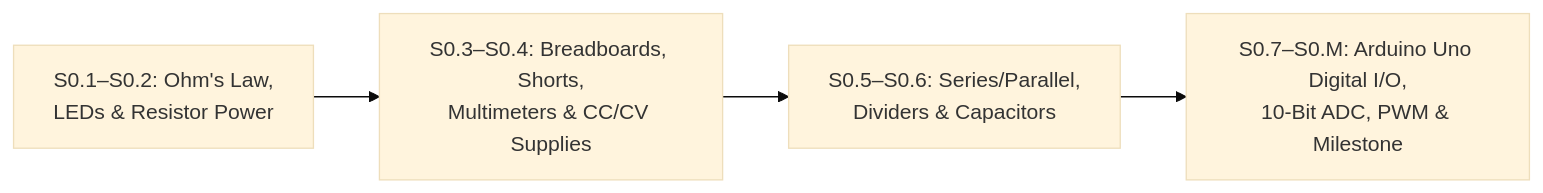
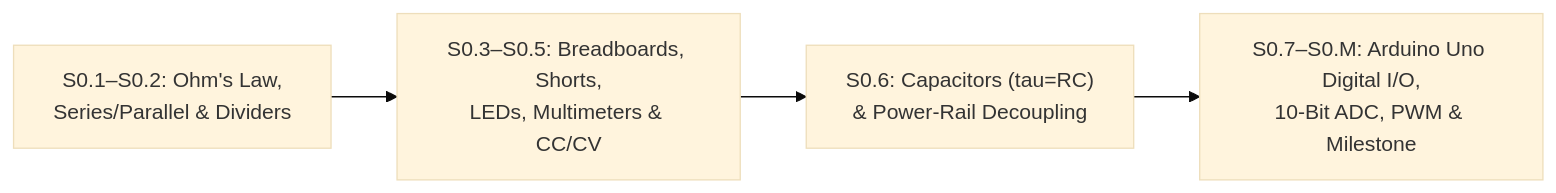
Before and after one commit to TLE47/Mechatronics-Roadmap: the diagram in stage-0/README.md, drawn with Mermaid (base theme). The commit also changed other lines of this file and 58 other files, not shown here.

````diff
--- a/stage-0/README.md
+++ b/stage-0/README.md
@@ -5,6 +5,6 @@
 ```mermaid
 flowchart LR
-    DC["S0.1–S0.2: Ohm's Law,<br/>LEDs & Resistor Power"] --> Lab["S0.3–S0.4: Breadboards, Shorts,<br/>Multimeters & CC/CV Supplies"]
-    Lab --> Net["S0.5–S0.6: Series/Parallel,<br/>Dividers & Capacitors"]
-    Net --> MCU["S0.7–S0.M: Arduino Uno Digital I/O,<br/>10-Bit ADC, PWM & Milestone"]
+    DC["S0.1–S0.2: Ohm's Law,<br/>Series/Parallel & Dividers"] --> Lab["S0.3–S0.5: Breadboards, Shorts,<br/>LEDs, Multimeters & CC/CV"]
+    Lab --> Cap["S0.6: Capacitors (tau=RC)<br/>& Power-Rail Decoupling"]
+    Cap --> MCU["S0.7–S0.M: Arduino Uno Digital I/O,<br/>10-Bit ADC, PWM & Milestone"]
 ```
````
